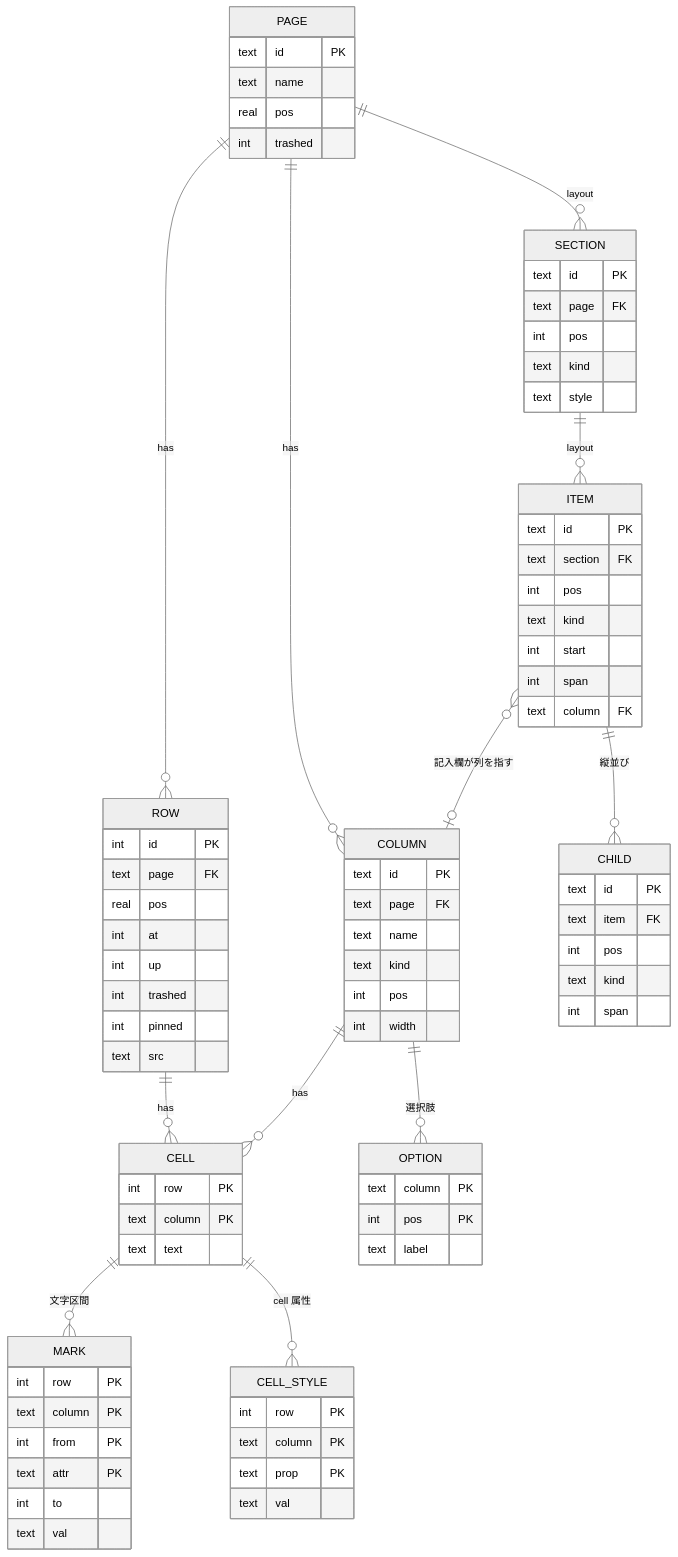
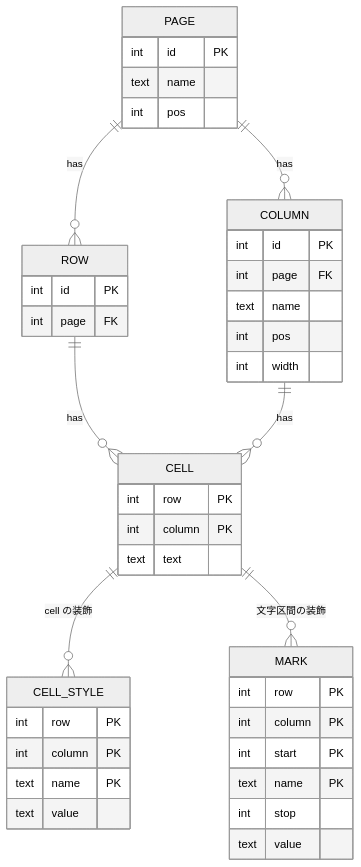
The first of 2 diagrams in .claude/skills/sqlite/references/tables.md (tseijp/cloudflare-r2-sqlite-test), drawn with Mermaid (neutral theme) before and after one commit. The commit also changed other lines of this file and 11 other files, not shown here.

````diff
--- a/.claude/skills/sqlite/references/tables.md
+++ b/.claude/skills/sqlite/references/tables.md
@@ -7,24 +7,15 @@
 ```mermaid
 erDiagram
     PAGE ||--o{ COLUMN : has
     PAGE ||--o{ ROW : has
     ROW ||--o{ CELL : has
     COLUMN ||--o{ CELL : has
-    CELL ||--o{ MARK : "文字区間"
-    CELL ||--o{ CELL_STYLE : "cell 属性"
-    COLUMN ||--o{ OPTION : "選択肢"
-    PAGE ||--o{ SECTION : layout
-    SECTION ||--o{ ITEM : layout
-    ITEM ||--o{ CHILD : "縦並び"
-    ITEM }o--o| COLUMN : "記入欄が列を指す"
-    PAGE { text id PK  text name  real pos  int trashed }
-    COLUMN { text id PK  text page FK  text name  text kind  int pos  int width }
-    ROW { int id PK  text page FK  real pos  int at  int up  int trashed  int pinned  text src }
-    CELL { int row PK  text column PK  text text }
-    MARK { int row PK  text column PK  int from PK  text attr PK  int to  text val }
-    CELL_STYLE { int row PK  text column PK  text prop PK  text val }
-    OPTION { text column PK  int pos PK  text label }
-    SECTION { text id PK  text page FK  int pos  text kind  text style }
-    ITEM { text id PK  text section FK  int pos  text kind  int start  int span  text column FK }
-    CHILD { text id PK  text item FK  int pos  text kind  int span }
+    CELL ||--o{ CELL_STYLE : "cell の装飾"
+    CELL ||--o{ MARK : "文字区間の装飾"
+    PAGE { int id PK  text name  int pos }
+    COLUMN { int id PK  int page FK  text name  int pos  int width }
+    ROW { int id PK  int page FK }
+    CELL { int row PK  int column PK  text text }
+    CELL_STYLE { int row PK  int column PK  text name PK  text value }
+    MARK { int row PK  int column PK  int start PK  text name PK  int stop  text value }
 ```
````
